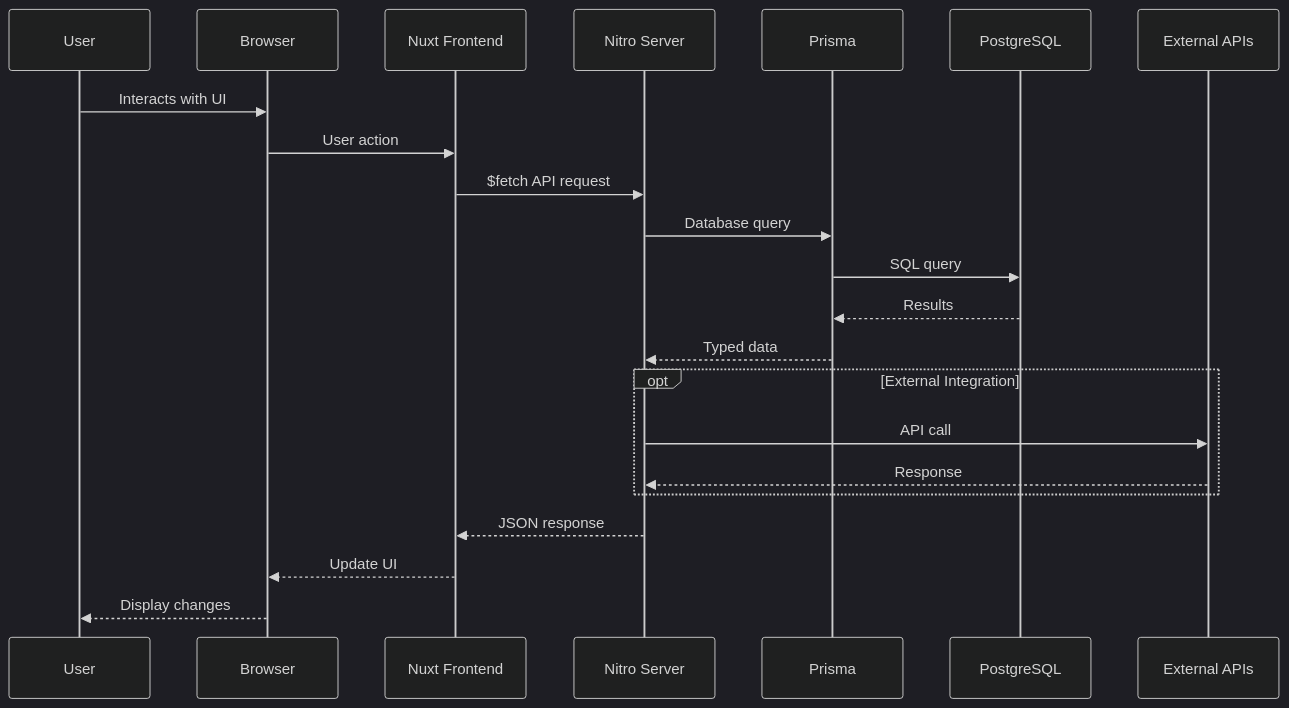
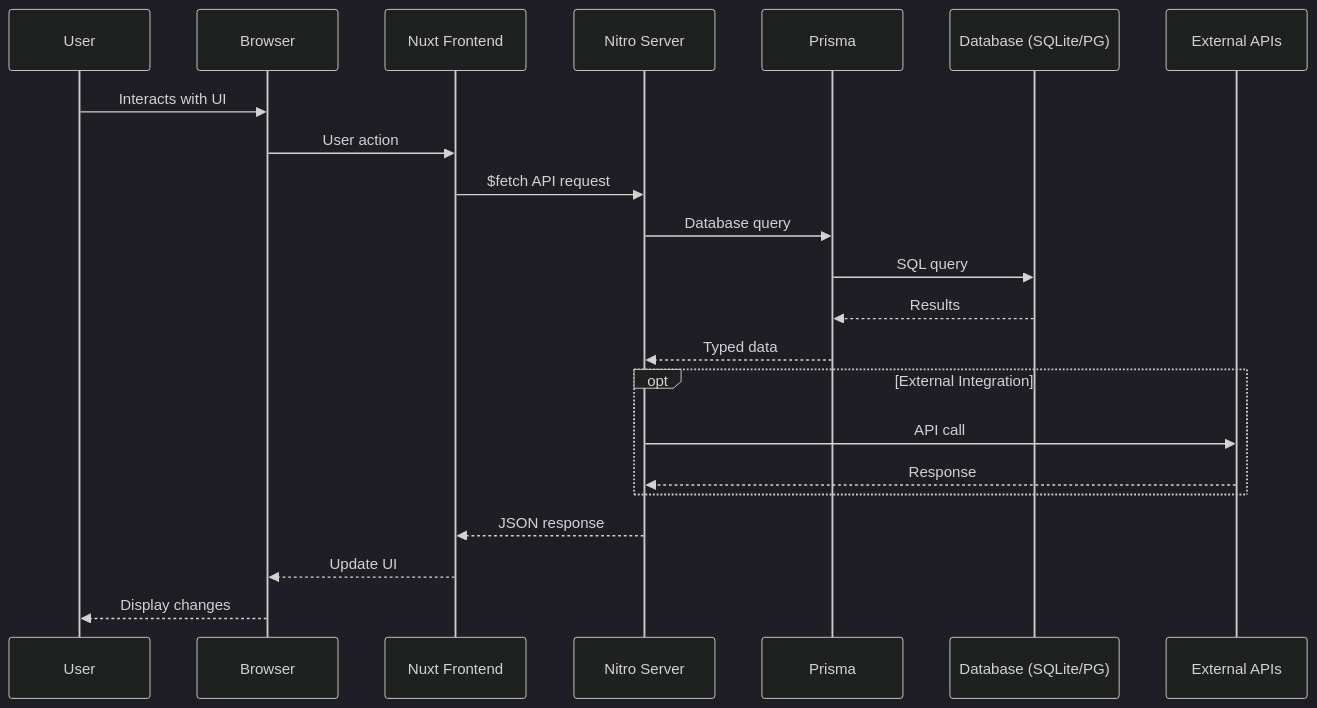
Before and after one commit to Wetzel402/SkyLite-UX: the eighth of 8 diagrams in docs/architecture.md, drawn with Mermaid (dark theme). The commit also changed other lines of this file, not shown here.

First line of the commit message:
docs: Split architecture into Desktop/Server and Mobile sections

````diff
--- a/docs/architecture.md
+++ b/docs/architecture.md
@@ -652,27 +710,27 @@
 ```mermaid
 sequenceDiagram
     participant User
     participant Browser
     participant Nuxt as Nuxt Frontend
     participant Nitro as Nitro Server
     participant Prisma
-    participant DB as PostgreSQL
+    participant DB as Database (SQLite/PG)
     participant External as External APIs
 
     User->>Browser: Interacts with UI
     Browser->>Nuxt: User action
     Nuxt->>Nitro: $fetch API request
     Nitro->>Prisma: Database query
     Prisma->>DB: SQL query
     DB-->>Prisma: Results
     Prisma-->>Nitro: Typed data
 
     opt External Integration
         Nitro->>External: API call
         External-->>Nitro: Response
     end
 
     Nitro-->>Nuxt: JSON response
     Nuxt-->>Browser: Update UI
     Browser-->>User: Display changes
 ```
````
